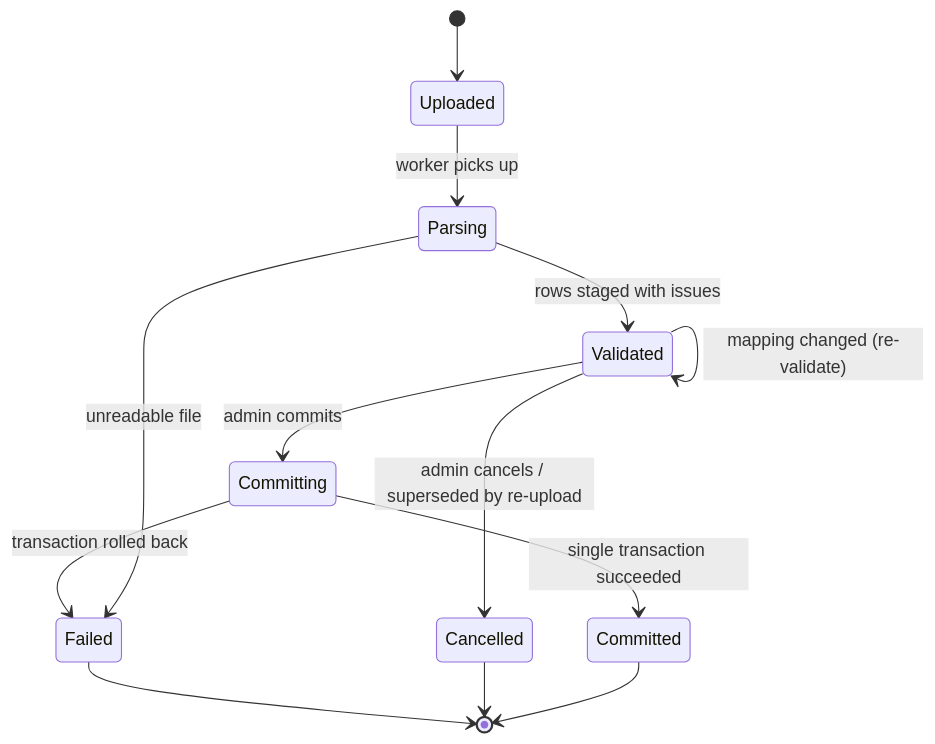
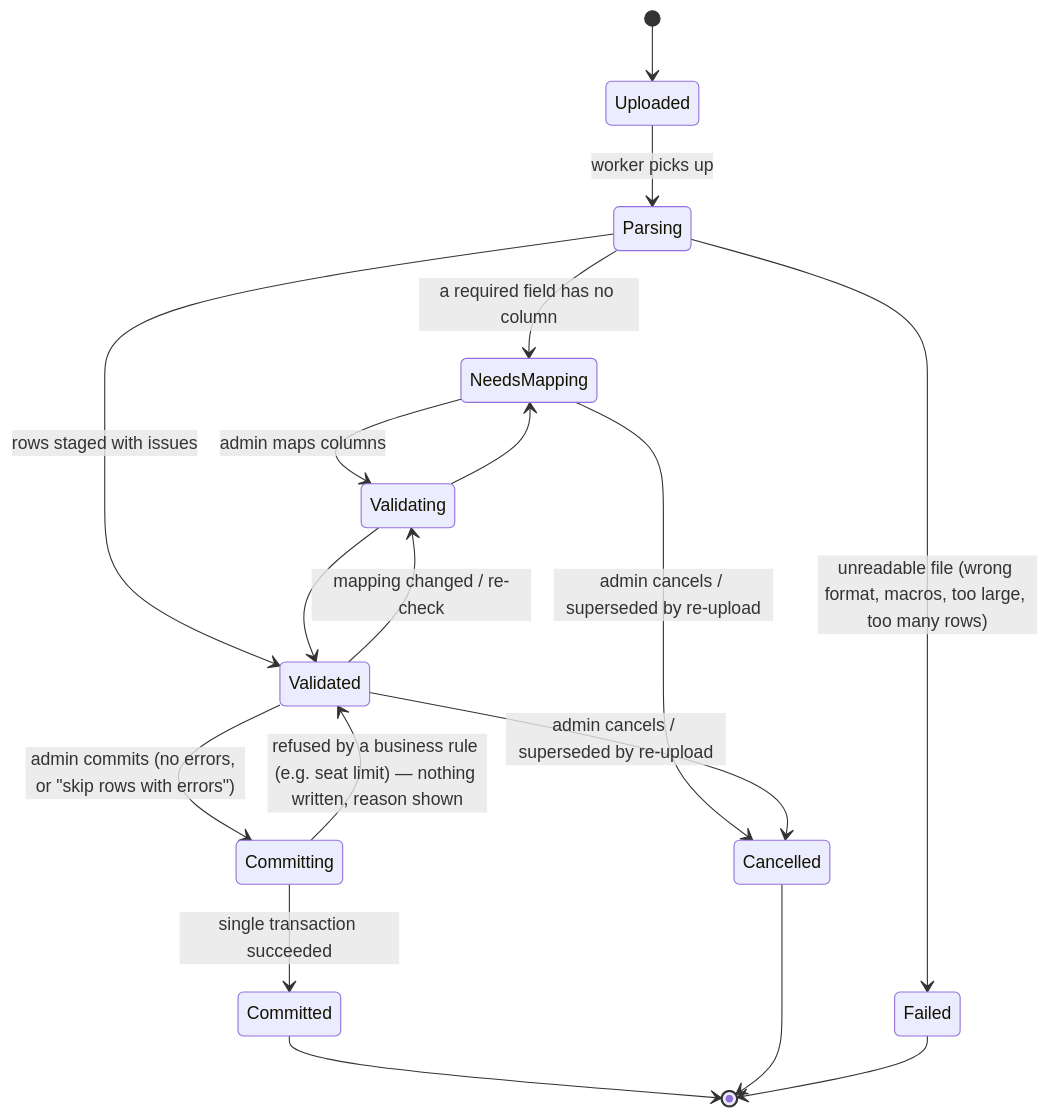
One commit to DivyanshuSharmaCoader/High_Performance_Result_Viewing_Platform changed the fourth of 8 diagrams in docs/diagrams/state-diagrams.md. Above: the diagram before and after it, drawn with Mermaid. The commit also changed 30 other files, not shown here.

````diff
--- a/docs/diagrams/state-diagrams.md
+++ b/docs/diagrams/state-diagrams.md
@@ -59,15 +59,20 @@
 ```mermaid
 stateDiagram-v2
     [*] --> Uploaded
     Uploaded --> Parsing: worker picks up
-    Parsing --> Failed: unreadable file
+    Parsing --> Failed: unreadable file (wrong format, macros, too large, too many rows)
+    Parsing --> NeedsMapping: a required field has no column
     Parsing --> Validated: rows staged with issues
-    Validated --> Validated: mapping changed (re-validate)
-    Validated --> Committing: admin commits
+    NeedsMapping --> Validating: admin maps columns
+    Validated --> Validating: mapping changed / re-check
+    Validating --> Validated
+    Validating --> NeedsMapping
+    Validated --> Committing: admin commits (no errors, or "skip rows with errors")
+    NeedsMapping --> Cancelled: admin cancels / superseded by re-upload
     Validated --> Cancelled: admin cancels / superseded by re-upload
     Committing --> Committed: single transaction succeeded
-    Committing --> Failed: transaction rolled back
+    Committing --> Validated: refused by a business rule (e.g. seat limit) — nothing written, reason shown
     Committed --> [*]
     Cancelled --> [*]
     Failed --> [*]
 ```
````
